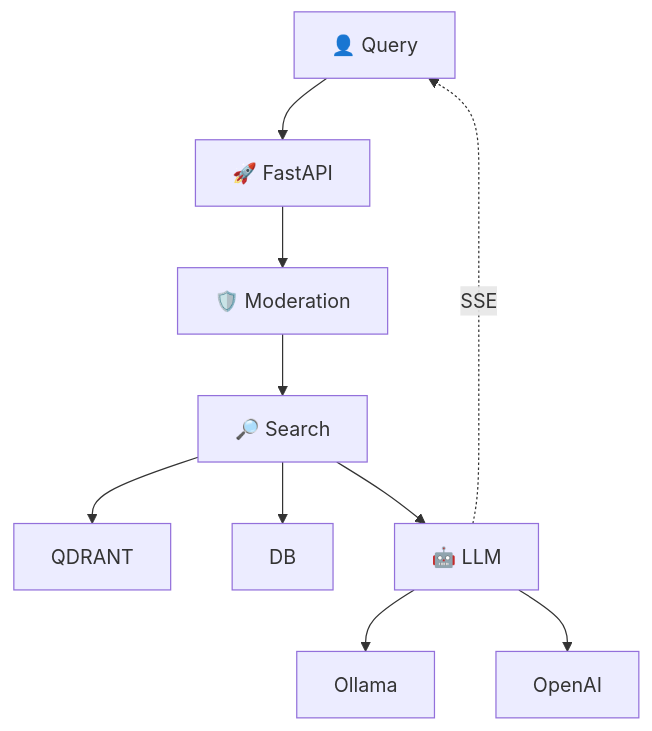
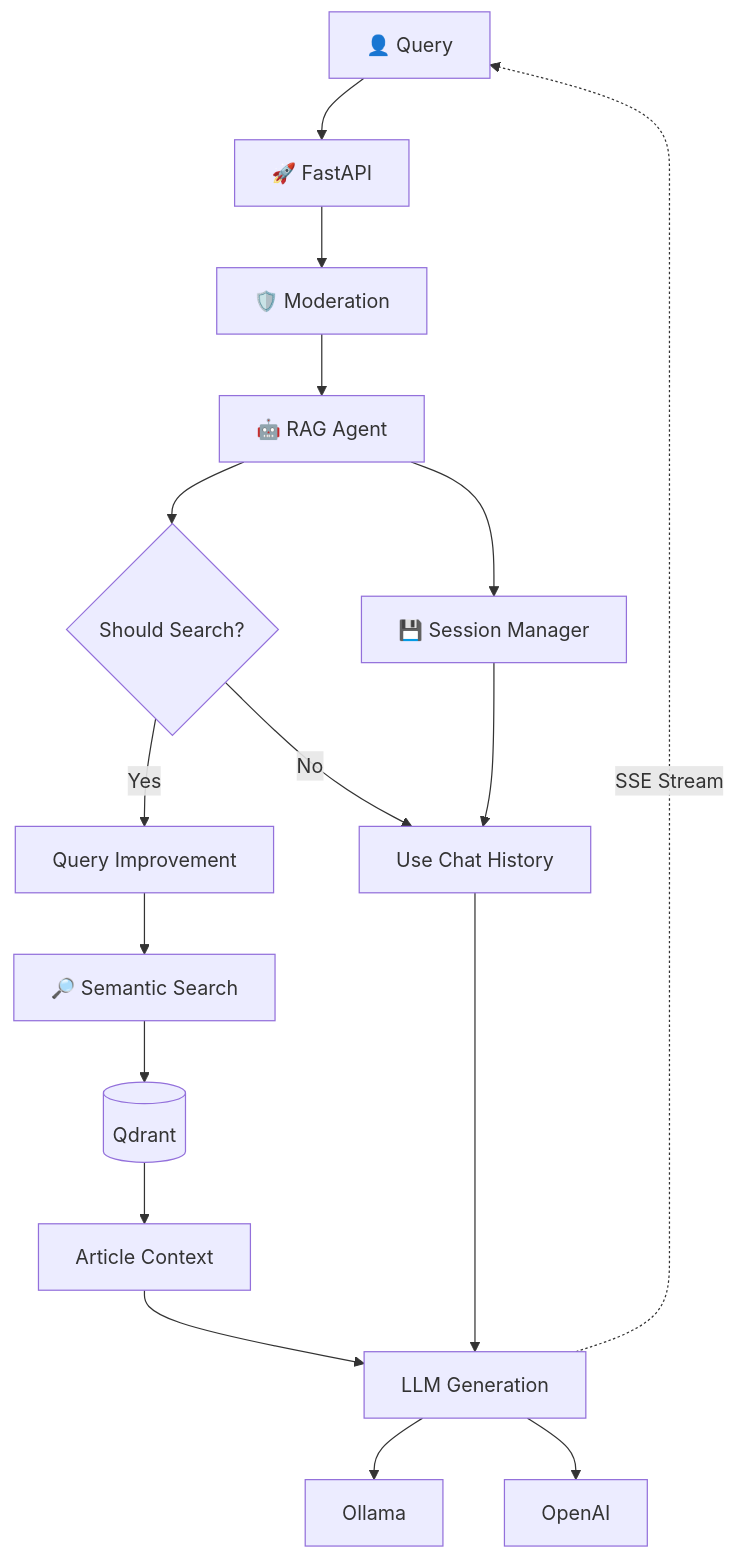
The third of 3 diagrams in architecture.md (oscarthedev15/crypto-news-analyst), drawn with Mermaid before and after one commit. The commit also changed other lines of this file and 5 other files, not shown here.

````diff
--- a/architecture.md
+++ b/architecture.md
@@ -70,10 +71,22 @@
 ```mermaid
 flowchart TB
     USER[👤 Query] --> API[🚀 FastAPI]
     API --> MOD[🛡️ Moderation]
-    MOD --> SEARCH[🔎 Search]
-    SEARCH --> QDRANT & DB
-    SEARCH --> LLM[🤖 LLM]
+    MOD --> AGENT[🤖 RAG Agent]
+
+    AGENT --> DECIDE{Should Search?}
+    DECIDE -->|Yes| IMPROVE[Query Improvement]
+    DECIDE -->|No| HISTORY[Use Chat History]
+
+    IMPROVE --> SEARCH[🔎 Semantic Search]
+    SEARCH --> QDRANT[(Qdrant)]
+    QDRANT --> ARTICLES[Article Context]
+
+    ARTICLES --> LLM[LLM Generation]
+    HISTORY --> LLM
     LLM --> OLLAMA[Ollama] & OPENAI[OpenAI]
-    LLM -.->|SSE| USER
+    LLM -.->|SSE Stream| USER
+
+    AGENT --> SESSION[💾 Session Manager]
+    SESSION --> HISTORY
 ```
````
